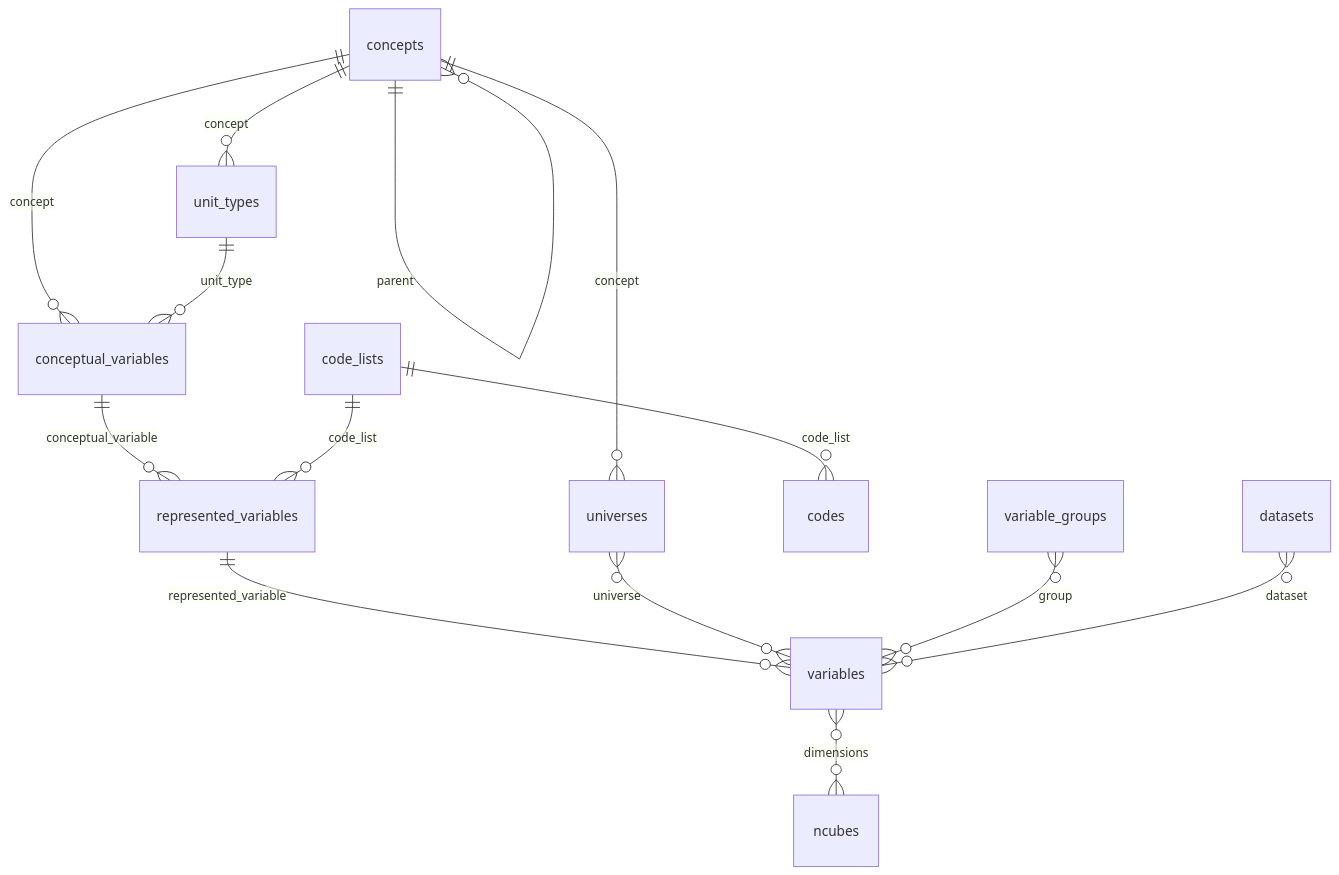
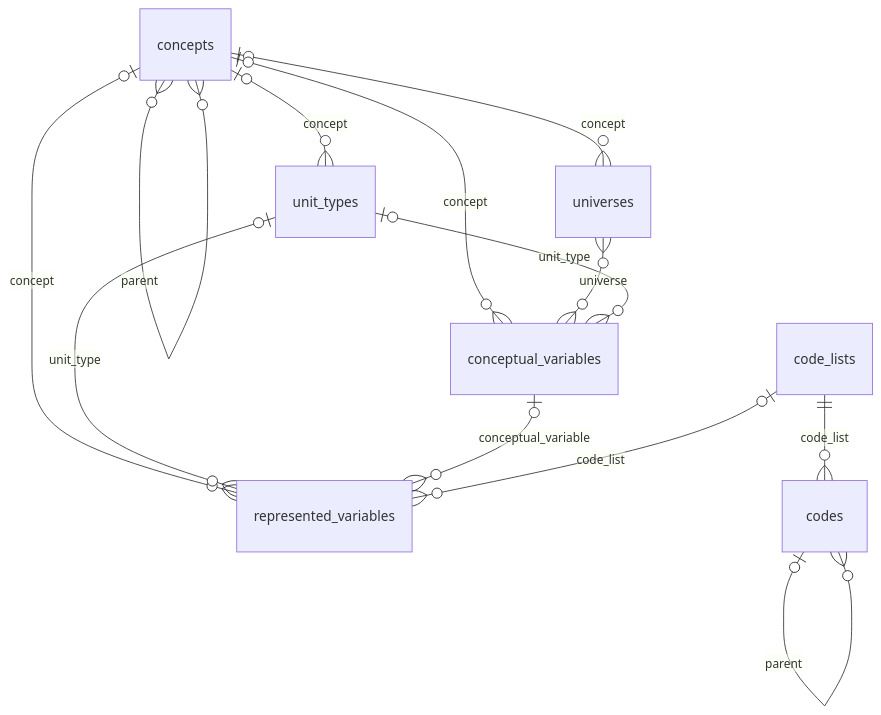
One commit to pbisson44/ddi-l changed the first of 6 diagrams in docs/spreadsheet-import.en.md. Above: the diagram before and after it, drawn with Mermaid. The commit also changed other lines of this file and 597 other files, not shown here.

````diff
--- a/docs/spreadsheet-import.en.md
+++ b/docs/spreadsheet-import.en.md
@@ -58,16 +61,15 @@
 ```mermaid
 erDiagram
-    concepts ||--o{ concepts : "parent"
-    concepts ||--o{ universes : "concept"
-    concepts ||--o{ unit_types : "concept"
-    concepts ||--o{ conceptual_variables : "concept"
-    unit_types ||--o{ conceptual_variables : "unit_type"
-    conceptual_variables ||--o{ represented_variables : "conceptual_variable"
+    concepts }o--o{ concepts : "parent"
+    concepts |o--o{ universes : "concept"
+    concepts |o--o{ unit_types : "concept"
+    concepts |o--o{ conceptual_variables : "concept"
+    universes }o--o{ conceptual_variables : "universe"
+    unit_types |o--o{ conceptual_variables : "unit_type"
+    concepts |o--o{ represented_variables : "concept"
+    unit_types |o--o{ represented_variables : "unit_type"
+    conceptual_variables |o--o{ represented_variables : "conceptual_variable"
+    code_lists |o--o{ represented_variables : "code_list"
     code_lists ||--o{ codes : "code_list"
-    code_lists ||--o{ represented_variables : "code_list"
-    represented_variables ||--o{ variables : "represented_variable"
-    universes }o--o{ variables : "universe"
-    variable_groups }o--o{ variables : "group"
-    datasets }o--o{ variables : "dataset"
-    variables }o--o{ ncubes : "dimensions"
+    codes |o--o{ codes : "parent"
 ```
````
